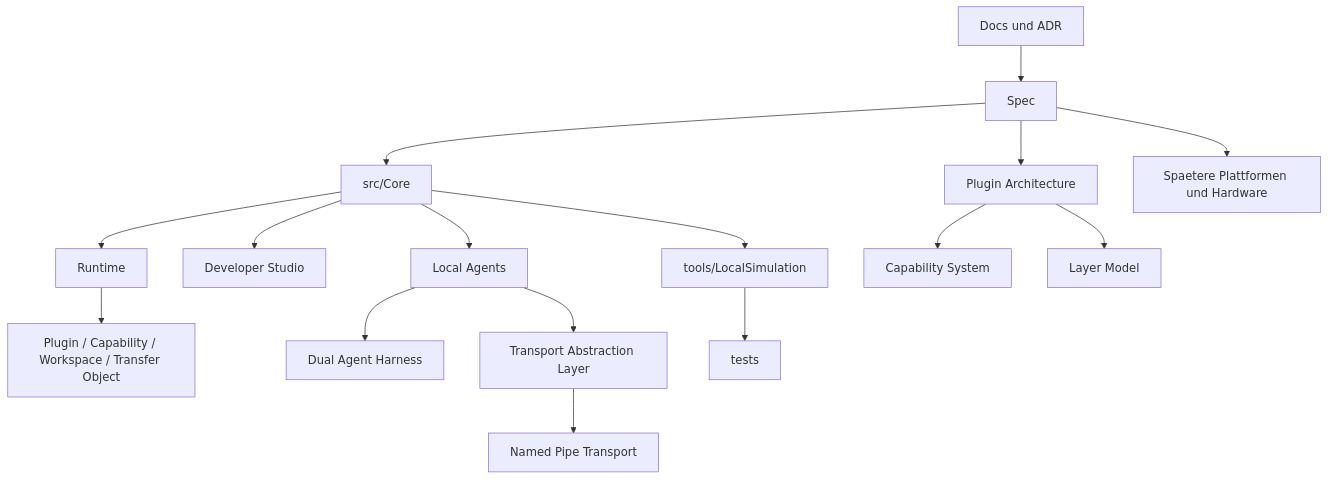
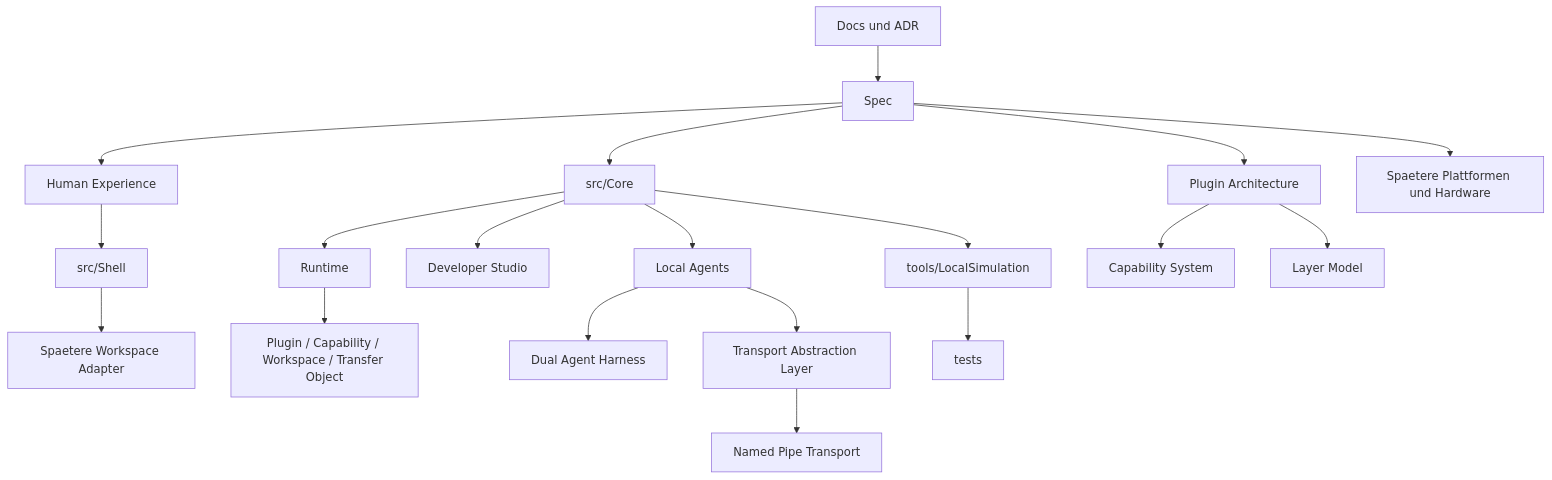
One commit to rk-engineeringAToutlook-de/RKWorkspace changed the diagram in README.md. Above: the diagram before and after it, drawn with Mermaid. The commit also changed other lines of this file and 15 other files, not shown here.

Commit message:
feat(shell): introduce workspace shell foundation

````diff
--- a/README.md
+++ b/README.md
@@ -88,18 +91,21 @@
 ```mermaid
 flowchart TB
     Docs["Docs und ADR"] --> Spec["Spec"]
+    Spec --> HX["Human Experience"]
+    HX --> Shell["src/Shell"]
     Spec --> Core["src/Core"]
+    Shell --> Adapters["Spaetere Workspace Adapter"]
     Core --> Runtime["Runtime"]
     Runtime --> Managers["Plugin / Capability / Workspace / Transfer Object"]
     Spec --> Plugins["Plugin Architecture"]
     Plugins --> Capabilities["Capability System"]
     Plugins --> Layers["Layer Model"]
     Core --> Studio["Developer Studio"]
     Core --> Agents["Local Agents"]
     Agents --> Harness["Dual Agent Harness"]
     Agents --> Transport["Transport Abstraction Layer"]
     Transport --> Ipc["Named Pipe Transport"]
     Core --> Simulation["tools/LocalSimulation"]
     Simulation --> Tests["tests"]
     Spec --> Future["Spaetere Plattformen und Hardware"]
 ```
````
